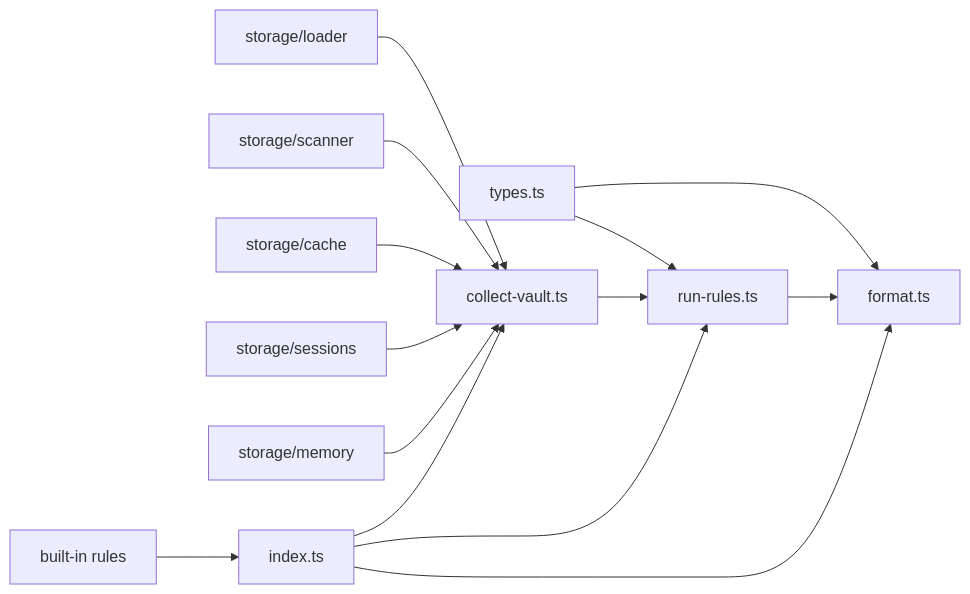
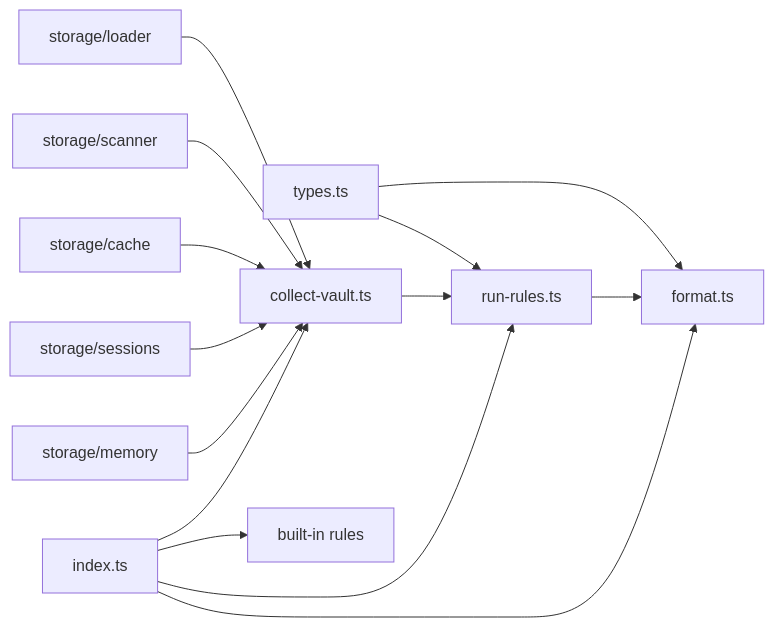
One commit to Kuldeep2822k/palee-architecture changed the sixth of 6 diagrams in Validation Framework/Rule Execution Engine.md. Above: the diagram before and after it, drawn with Mermaid. The commit also changed other lines of this file and 4 other files, not shown here.

Commit message:
docs(validation): fix format contract, rule diagram edges and collection order

````diff
--- a/Validation Framework/Rule Execution Engine.md
+++ b/Validation Framework/Rule Execution Engine.md
@@ -296,16 +298,16 @@
 ```mermaid
 graph LR
   Types["types.ts"] --> Runner["run-rules.ts"]
   Types --> Format["format.ts"]
   Loader["storage/loader"] --> Collect["collect-vault.ts"]
   Scanner["storage/scanner"] --> Collect
   Cache["storage/cache"] --> Collect
   Sessions["storage/sessions"] --> Collect
   MemoryTypes["storage/memory"] --> Collect
   Collect --> Runner
   Runner --> Format
   Index["index.ts"] --> Collect
   Index --> Runner
   Index --> Format
-  Rules["built-in rules"] --> Index
+  Index --> Rules["built-in rules"]
 ```
````
